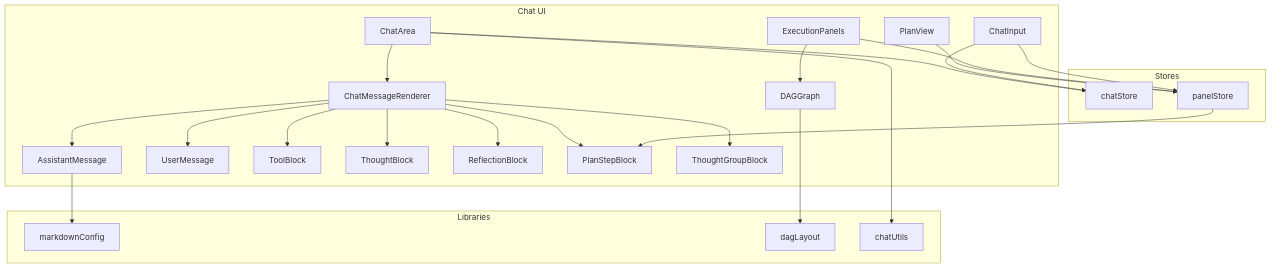
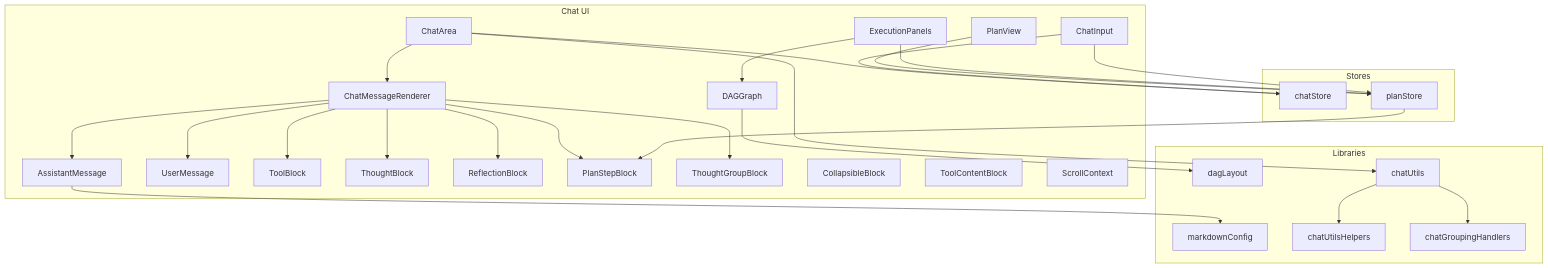
One commit to v0lka/c0wrk changed the first of 15 diagrams in .qoder/repowiki/en/content/Frontend Application/UI Components/Chat Interface Components.md. Above: the diagram before and after it, drawn with Mermaid. The commit also changed other lines of this file and 13 other files, not shown here.

````diff
--- a/.qoder/repowiki/en/content/Frontend Application/UI Components/Chat Interface Components.md
+++ b/.qoder/repowiki/en/content/Frontend Application/UI Components/Chat Interface Components.md
@@ -50,45 +69,52 @@
 ```mermaid
 graph TB
 subgraph "Chat UI"
 CA["ChatArea"]
 CMR["ChatMessageRenderer"]
 AM["AssistantMessage"]
 UM["UserMessage"]
 CI["ChatInput"]
 PB["PlanView"]
 DG["DAGGraph"]
 EP["ExecutionPanels"]
 TB["ToolBlock"]
 THB["ThoughtBlock"]
 RFB["ReflectionBlock"]
 PSB["PlanStepBlock"]
 TGB["ThoughtGroupBlock"]
+CB["CollapsibleBlock"]
+TCB["ToolContentBlock"]
+SC["ScrollContext"]
 end
 subgraph "Stores"
 CS["chatStore"]
-PS["panelStore"]
+PS["planStore"]
 end
 subgraph "Libraries"
 MC["markdownConfig"]
 DU["dagLayout"]
 CU["chatUtils"]
+CUH["chatUtilsHelpers"]
+CGH["chatGroupingHandlers"]
 end
 CA --> CMR
 CMR --> AM
 CMR --> UM
 CMR --> TB
 CMR --> THB
 CMR --> RFB
 CMR --> PSB
 CMR --> TGB
 EP --> DG
 PB --> PS
 PS --> PSB
 DG --> DU
 CA --> CS
 EP --> PS
 AM --> MC
 CI --> CS
 CI --> PS
 CA --> CU
+CU --> CUH
+CU --> CGH
 ```
````
